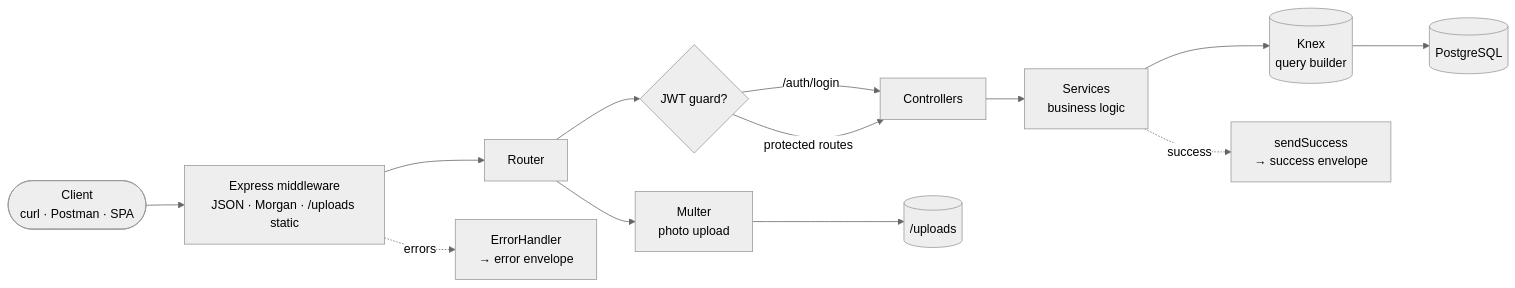
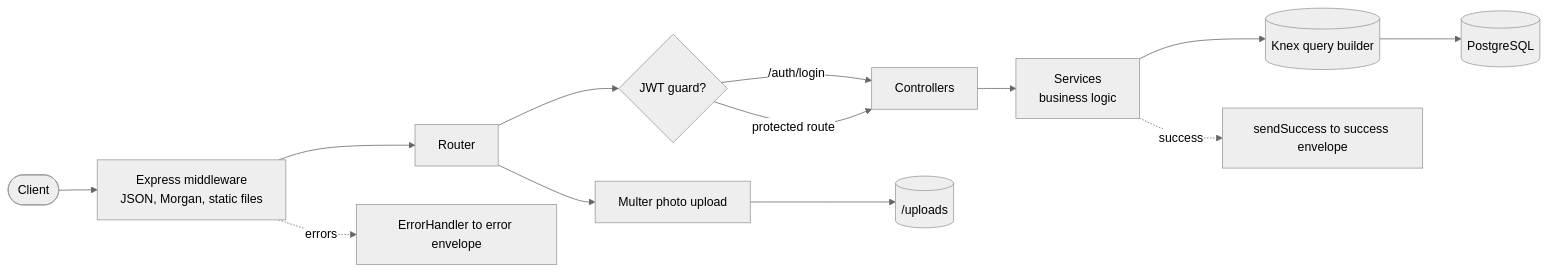
The first of 3 diagrams in README.md (jewel80/hr-management-api), drawn with Mermaid (neutral theme) before and after one commit. The commit also changed other lines of this file, not shown here.

Commit message:
docs: add comprehensive README with setup guide and API documentation

````diff
--- a/README.md
+++ b/README.md
@@ -75,14 +75,15 @@
 ```mermaid
 flowchart LR
-    Client([Client<br/>curl · Postman · SPA]) --> MW["Express middleware<br/>JSON · Morgan · /uploads static"]
+    Client([Client]) --> MW["Express middleware<br/>JSON, Morgan, static files"]
     MW --> Router[Router]
-    Router --> Auth{JWT guard?}
+    Router --> Auth{"JWT guard?"}
     Auth -->|/auth/login| Ctrl[Controllers]
-    Auth -->|protected routes| Ctrl
-    Router --> Upload[Multer<br/>photo upload] --> Disk[(/uploads)]
-    Ctrl --> Svc[Services<br/>business logic]
-    Svc --> Knex[(Knex<br/>query builder)]
-    Knex --> PG[(PostgreSQL)]
-    MW -. errors .-> ErrHandler[ErrorHandler<br/>→ error envelope]
-    Svc -. success .-> Resp["sendSuccess<br/>→ success envelope"]
+    Auth -->|protected route| Ctrl
+    Router --> Upload["Multer photo upload"]
+    Upload --> Disk[("/uploads")]
+    Ctrl --> Svc["Services<br/>business logic"]
+    Svc --> Knex[("Knex query builder")]
+    Knex --> PG[("PostgreSQL")]
+    MW -.->|errors| ErrHandler["ErrorHandler to error envelope"]
+    Svc -.->|success| Resp["sendSuccess to success envelope"]
 ```
````
